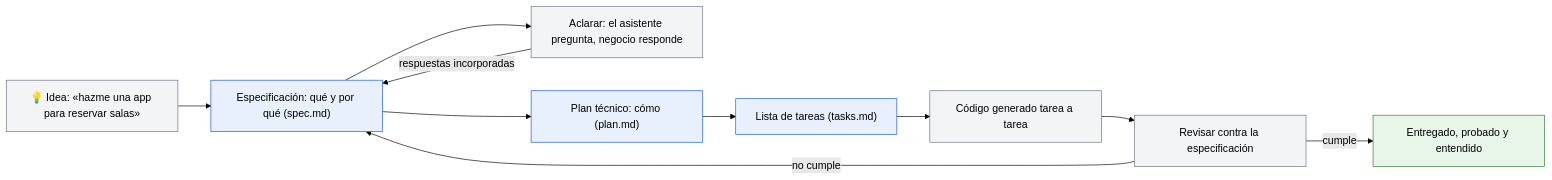
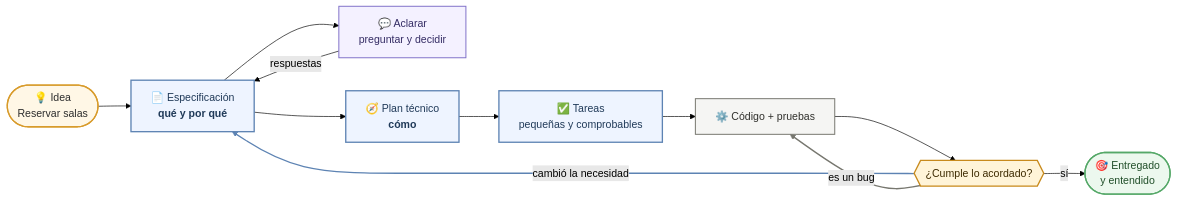
Before and after one commit to antroc/charla-sdd: the second of 2 diagrams in diagramas/01-vibe-coding-vs-sdd.md, drawn with Mermaid (forest theme). The commit also changed other lines of this file and 5 other files, not shown here.

Commit message:
Mejorar visualmente los diagramas Mermaid

````diff
--- a/diagramas/01-vibe-coding-vs-sdd.md
+++ b/diagramas/01-vibe-coding-vs-sdd.md
@@ -40,18 +50,30 @@
 ```mermaid
 flowchart LR
-  idea["💡 Idea: «hazme una app para reservar salas»"] --> spec["Especificación: qué y por qué (spec.md)"]
-  spec --> aclarar["Aclarar: el asistente pregunta, negocio responde"]
-  aclarar -->|"respuestas incorporadas"| spec
-  spec --> plan["Plan técnico: cómo (plan.md)"]
-  plan --> tareas["Lista de tareas (tasks.md)"]
-  tareas --> codigo["Código generado tarea a tarea"]
-  codigo --> revisar["Revisar contra la especificación"]
-  revisar -->|"cumple"| listo["Entregado, probado y entendido"]
-  revisar -->|"no cumple"| spec
-  classDef documento fill:#E8F0FE,stroke:#1A56DB;
-  classDef neutro fill:#F3F4F6,stroke:#6B7280;
-  classDef bien fill:#E8F5E9,stroke:#2E7D32;
-  class spec,plan,tareas documento;
-  class idea,aclarar,codigo,revisar neutro;
-  class listo bien;
+  idea(["💡 Idea<br/>Reservar salas"]) --> spec["📄 Especificación<br/><b>qué y por qué</b>"]
+  spec --> aclarar["💬 Aclarar<br/>preguntar y decidir"]
+  aclarar -->|"respuestas"| spec
+  spec --> plan["🧭 Plan técnico<br/><b>cómo</b>"]
+  plan --> tareas["✅ Tareas<br/>pequeñas y comprobables"]
+  tareas --> codigo["⚙️ Código + pruebas"]
+  codigo --> revisar{{"¿Cumple lo acordado?"}}
+  revisar -->|"sí"| listo(["🎯 Entregado<br/>y entendido"])
+  revisar -->|"cambió la necesidad"| spec
+  revisar -->|"es un bug"| codigo
+
+  classDef start fill:#FFF7E6,stroke:#D89B2B,stroke-width:2px,color:#2D2D2D;
+  classDef doc fill:#EEF4FF,stroke:#5D83B3,stroke-width:2px,color:#203A59;
+  classDef action fill:#F4F1FF,stroke:#8172C9,stroke-width:1.5px,color:#352D65;
+  classDef code fill:#F5F5F3,stroke:#77776F,stroke-width:1.5px,color:#30302C;
+  classDef decision fill:#FFF4D8,stroke:#C88A1C,stroke-width:2px,color:#3D2A00;
+  classDef success fill:#ECF8EE,stroke:#55A868,stroke-width:2px,color:#214F2A;
+
+  class idea start;
+  class spec,plan,tareas doc;
+  class aclarar action;
+  class codigo code;
+  class revisar decision;
+  class listo success;
+
+  linkStyle 8 stroke:#5D83B3,stroke-width:2px;
+  linkStyle 9 stroke:#77776F,stroke-width:2px;
 ```
````
